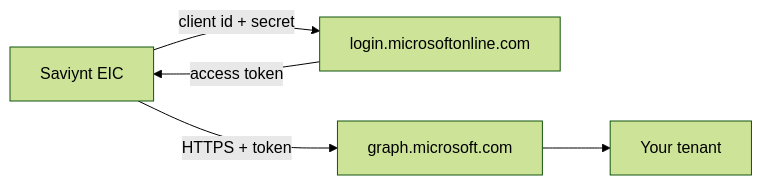
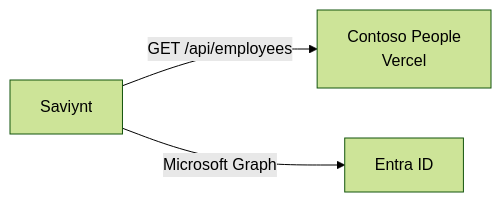
One commit to prasanthgpks/HR-to-entra-id-with-Saviynt-connector changed the diagram in 03-saviynt-entra-connector.md. Above: the diagram before and after it, drawn with Mermaid (forest theme). The commit also changed other lines of this file and 50 other files, not shown here.

First line of the commit message:
Replace CSV HR feed with the Contoso People web app.

````diff
--- a/03-saviynt-entra-connector.md
+++ b/03-saviynt-entra-connector.md
@@ -36,12 +20,9 @@
 ```mermaid
 flowchart LR
-  SAV["Saviynt EIC"]
-  LOGIN["login.microsoftonline.com"]
-  GRAPH["graph.microsoft.com"]
-  ENTRA["Your tenant"]
+  HR["Contoso People<br/>Vercel"]
+  SAV["Saviynt"]
+  ENTRA["Entra ID"]
 
-  SAV -->|"client id + secret"| LOGIN
-  LOGIN -->|"access token"| SAV
-  SAV -->|"HTTPS + token"| GRAPH
-  GRAPH --> ENTRA
+  SAV -->|"GET /api/employees"| HR
+  SAV -->|"Microsoft Graph"| ENTRA
 ```
````
